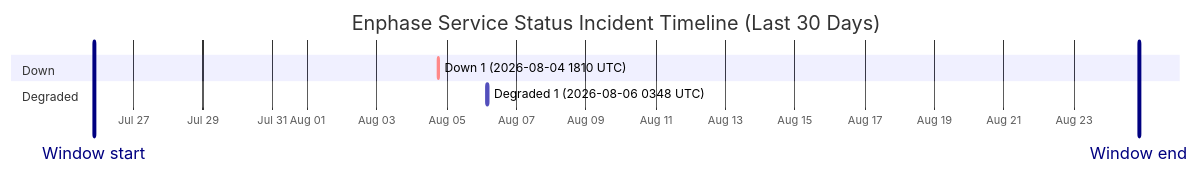
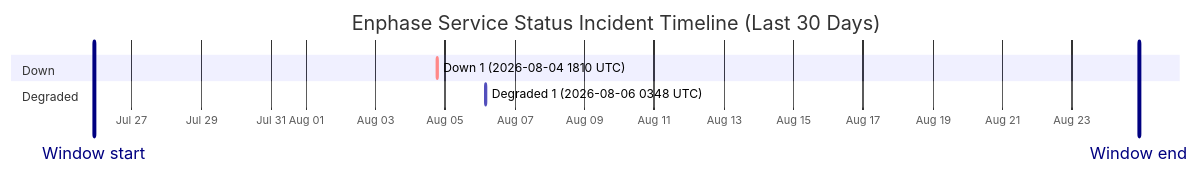
Before and after one commit to barneyonline/ha-enphase-energy: the diagram in wiki/Service-Status-History.md, drawn with Mermaid. The commit also changed other lines of this file and 3 other files, not shown here.

````diff
--- a/wiki/Service-Status-History.md
+++ b/wiki/Service-Status-History.md
@@ -14,12 +14,12 @@
 ```mermaid
 gantt
     title Enphase Service Status Incident Timeline (Last 30 Days)
     dateFormat  YYYY-MM-DDTHH:mm:ss
     axisFormat  %b %d
-    Window start :vert, window-start, 2026-07-25T21:01:13, 0ms
-    Window end :vert, window-end, 2026-08-24T21:01:13, 0ms
+    Window start :vert, window-start, 2026-07-25T21:53:07, 0ms
+    Window end :vert, window-end, 2026-08-24T21:53:07, 0ms
     section Down
     Down 1 (2026-08-04 1810 UTC) :crit, down-1, 2026-08-04T18:10:46, 60m
     section Degraded
     Degraded 1 (2026-08-06 0348 UTC) :active, degraded-1, 2026-08-06T03:48:14, 60m
 ```
````
